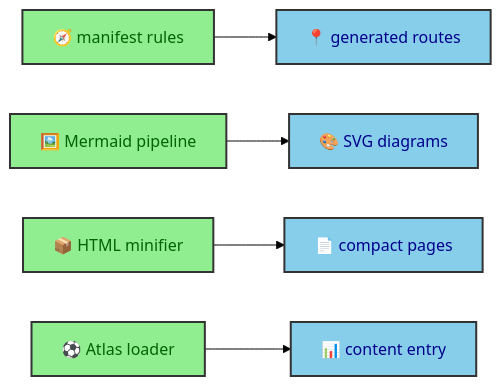
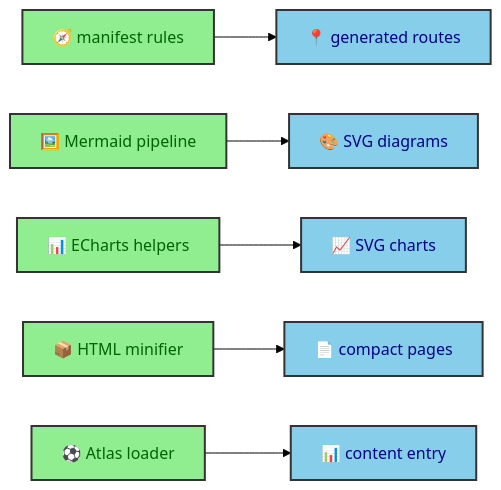
The diagram in src/thejournal/building_albertoduran/quality/manifest_and_mermaid_tests.mdx (duranalberto/albertoduran), drawn with Mermaid (forest theme) before and after one commit. The commit also changed other lines of this file and 45 other files, not shown here.

````diff
--- a/src/thejournal/building_albertoduran/quality/manifest_and_mermaid_tests.mdx
+++ b/src/thejournal/building_albertoduran/quality/manifest_and_mermaid_tests.mdx
@@ -18,13 +19,14 @@
 ```mermaid
 flowchart LR
     Manifest[🧭 manifest rules] --> Routes[📍 generated routes]
     Mermaid[🖼️ Mermaid pipeline] --> Diagrams[🎨 SVG diagrams]
+    Charts[📊 ECharts helpers] --> ChartSvg[📈 SVG charts]
     Minifier[📦 HTML minifier] --> Html[📄 compact pages]
     Atlas[⚽ Atlas loader] --> Data[📊 content entry]
 
     classDef test fill:#90EE90,stroke:#333,stroke-width:2px,color:darkgreen
     classDef output fill:#87CEEB,stroke:#333,stroke-width:2px,color:darkblue
 
-    class Manifest,Mermaid,Minifier,Atlas test
-    class Routes,Diagrams,Html,Data output
+    class Manifest,Mermaid,Charts,Minifier,Atlas test
+    class Routes,Diagrams,ChartSvg,Html,Data output
 ```
````
